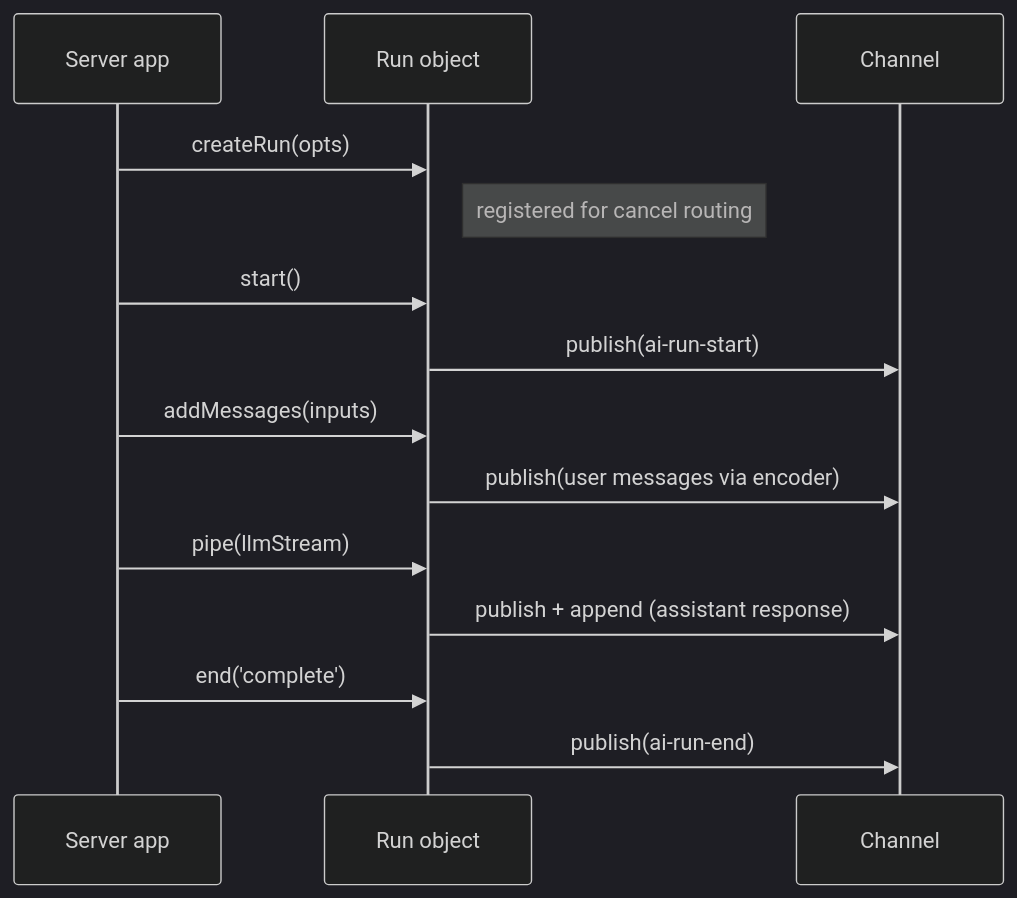
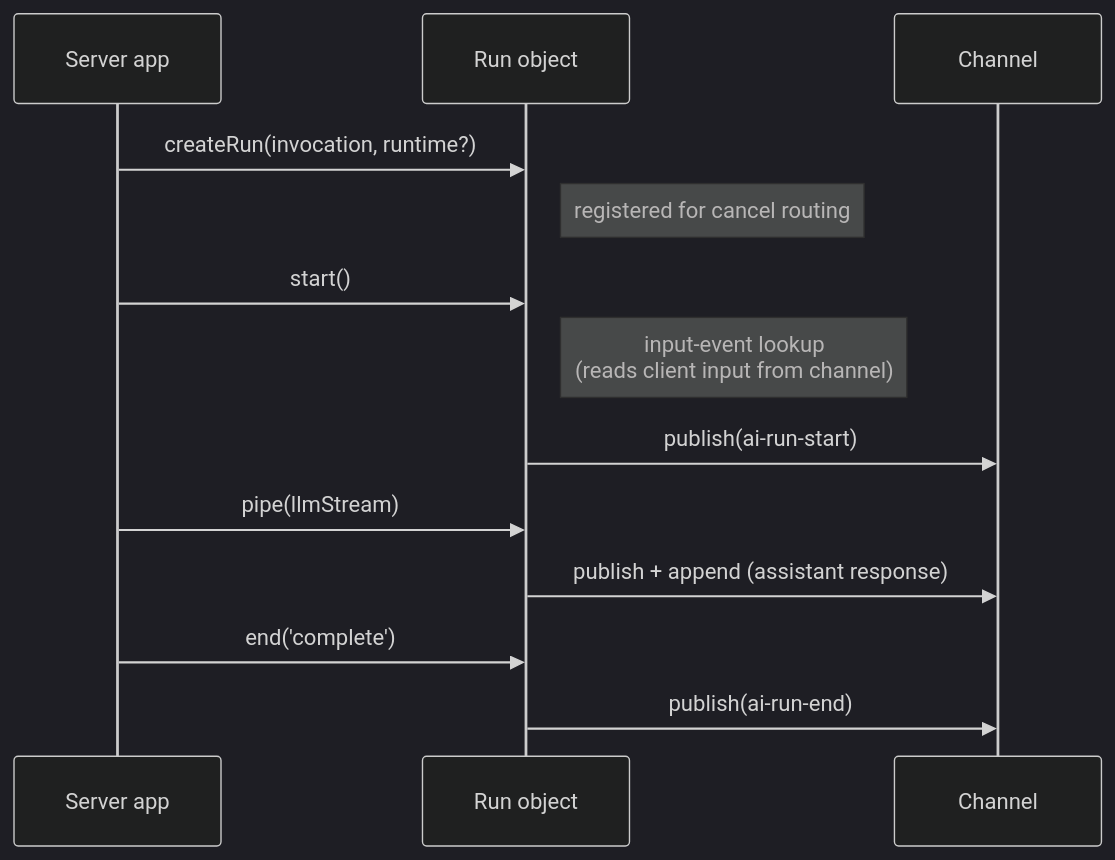
Before and after one commit to ably/ably-ai-transport-js: the diagram in docs/internals/agent-session.md, drawn with Mermaid (dark theme). The commit also changed other lines of this file and 31 other files, not shown here.

````diff
--- a/docs/internals/agent-session.md
+++ b/docs/internals/agent-session.md
@@ -35,17 +35,16 @@
 ```mermaid
 sequenceDiagram
     participant App as Server app
     participant Run as Run object
     participant Ch as Channel
 
-    App->>Run: createRun(opts)
+    App->>Run: createRun(invocation, runtime?)
     Note right of Run: registered for cancel routing
     App->>Run: start()
+    Note right of Run: input-event lookup<br/>(reads client input from channel)
     Run->>Ch: publish(ai-run-start)
-    App->>Run: addMessages(inputs)
-    Run->>Ch: publish(user messages via encoder)
     App->>Run: pipe(llmStream)
     Run->>Ch: publish + append (assistant response)
     App->>Run: end('complete')
     Run->>Ch: publish(ai-run-end)
 ```
````
